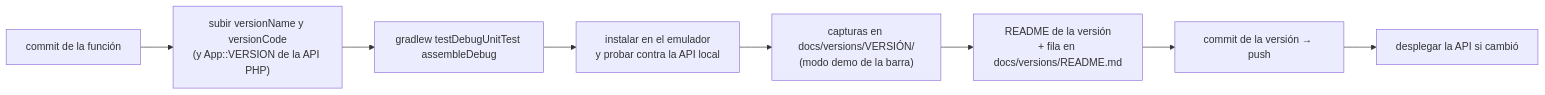
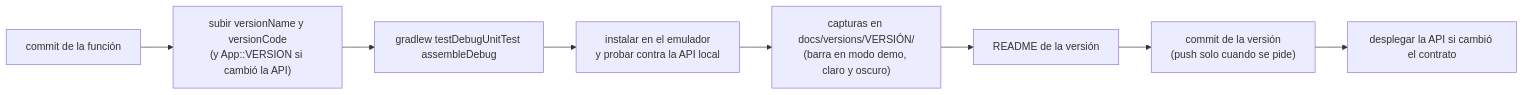
Before and after one commit to pepemxl/meta-ai-hackathon-2026: the third of 3 diagrams in docs/arquitectura/05-despliegue.md, drawn with Mermaid. The commit also changed other lines of this file and 16 other files, not shown here.

````diff
--- a/docs/arquitectura/05-despliegue.md
+++ b/docs/arquitectura/05-despliegue.md
@@ -105,10 +80,10 @@
 ```mermaid
 flowchart LR
-    feat["commit de la función"] --> bump["subir versionName y versionCode<br/>(y App::VERSION de la API PHP)"]
+    feat["commit de la función"] --> bump["subir versionName y versionCode<br/>(y App::VERSION si cambió la API)"]
     bump --> build["gradlew testDebugUnitTest assembleDebug"]
     build --> emu["instalar en el emulador<br/>y probar contra la API local"]
-    emu --> shots["capturas en docs/versions/VERSIÓN/<br/>(modo demo de la barra)"]
-    shots --> notes["README de la versión<br/>+ fila en docs/versions/README.md"]
-    notes --> rel["commit de la versión → push"]
-    rel --> dep["desplegar la API si cambió"]
+    emu --> shots["capturas en docs/versions/VERSIÓN/<br/>(barra en modo demo, claro y oscuro)"]
+    shots --> notes["README de la versión"]
+    notes --> rel["commit de la versión<br/>(push solo cuando se pide)"]
+    rel --> dep["desplegar la API si cambió el contrato"]
 ```
````
